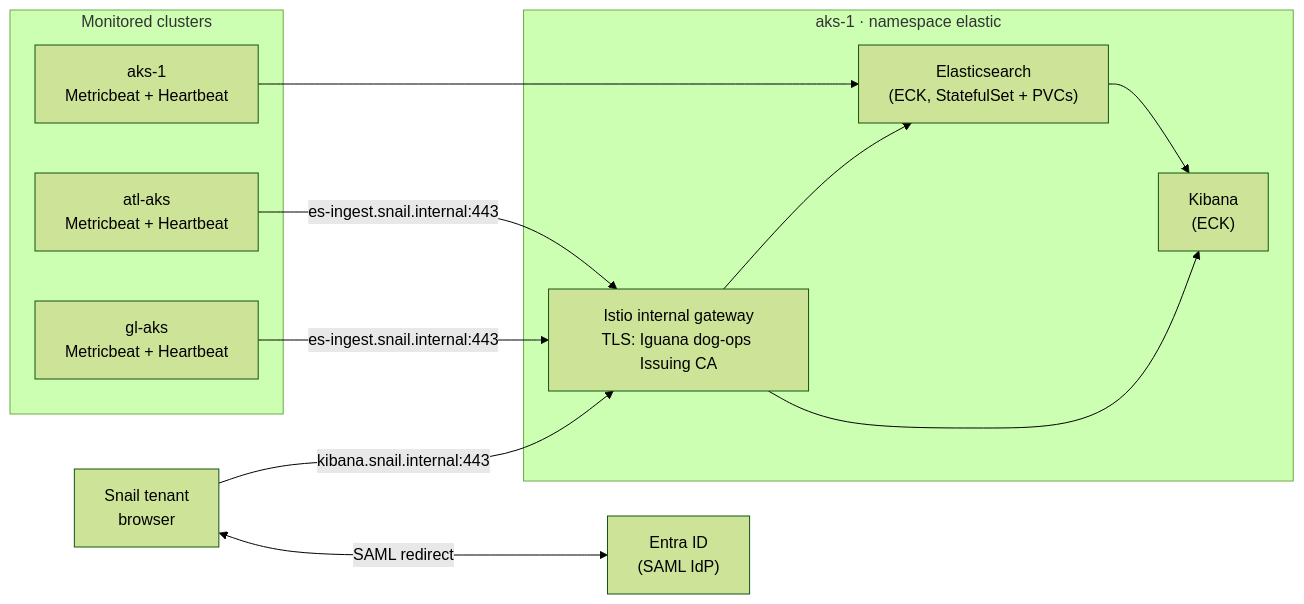
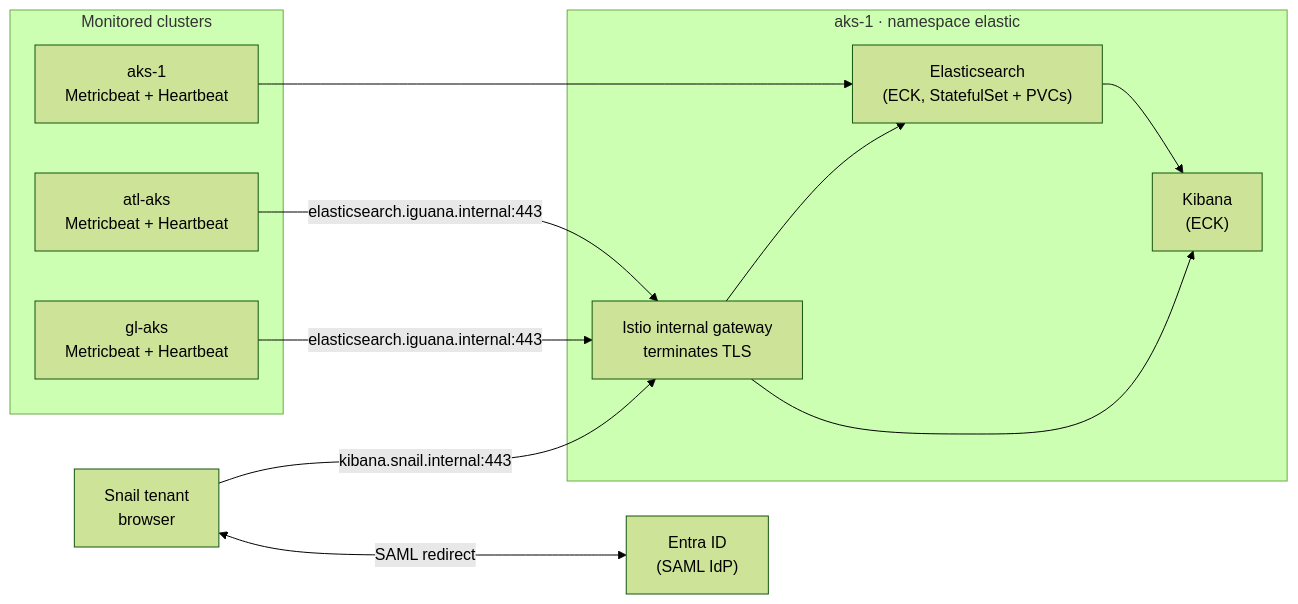
Before and after one commit to JohnGit-GP/codemarketplace2: the diagram in services-main/elastic/README.md, drawn with Mermaid (forest theme). The commit also changed other lines of this file and 9 other files, not shown here.

First line of the commit message:
elastic: Istio TLS model, confirmed hostnames and storage

````diff
--- a/services-main/elastic/README.md
+++ b/services-main/elastic/README.md
@@ -33,24 +33,24 @@
 ```mermaid
 flowchart LR
     subgraph spokes["Monitored clusters"]
         A1["aks-1<br/>Metricbeat + Heartbeat"]
         A2["atl-aks<br/>Metricbeat + Heartbeat"]
         A3["gl-aks<br/>Metricbeat + Heartbeat"]
     end
     subgraph hub["aks-1 · namespace elastic"]
-        GW["Istio internal gateway<br/>TLS: Iguana dog-ops Issuing CA"]
+        GW["Istio internal gateway<br/>terminates TLS"]
         ES["Elasticsearch<br/>(ECK, StatefulSet + PVCs)"]
         KB["Kibana<br/>(ECK)"]
     end
     Entra["Entra ID<br/>(SAML IdP)"]
     User["Snail tenant<br/>browser"]
 
     A1 --> ES
-    A2 -->|"es-ingest.snail.internal:443"| GW
-    A3 -->|"es-ingest.snail.internal:443"| GW
+    A2 -->|"elasticsearch.iguana.internal:443"| GW
+    A3 -->|"elasticsearch.iguana.internal:443"| GW
     GW --> ES
     ES --> KB
     User -->|"kibana.snail.internal:443"| GW
     GW --> KB
     User <-->|"SAML redirect"| Entra
 ```
````
